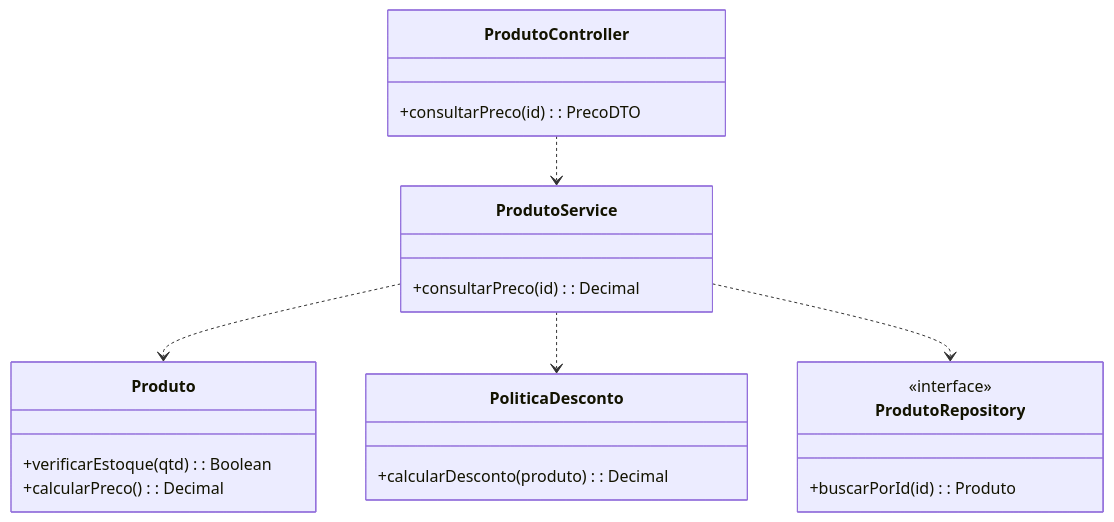
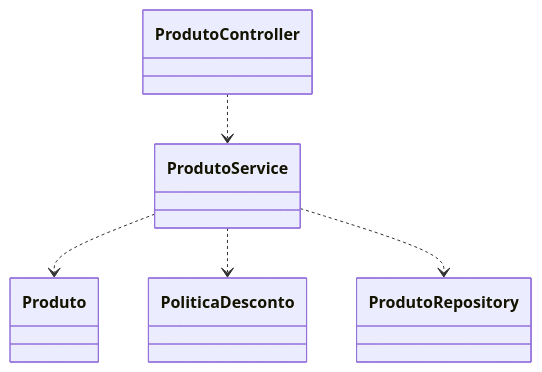
Before and after one commit to PedroWatermann/UEM_Eng_Soft: the ninth of 13 diagrams in 2_ano/4_semestre/AnaliseProjetoSoftware/ListaExercícios/Lista_6.md, drawn with Mermaid. The commit also changed other lines of this file and 1 other file, not shown here.

````diff
--- a/2_ano/4_semestre/AnaliseProjetoSoftware/ListaExercícios/Lista_6.md
+++ b/2_ano/4_semestre/AnaliseProjetoSoftware/ListaExercícios/Lista_6.md
@@ -442,24 +200,7 @@
 ```mermaid
 classDiagram
-    class ProdutoController {
-        +consultarPreco(id): PrecoDTO
-    }
-    class ProdutoService {
-        +consultarPreco(id): Decimal
-    }
-    class Produto {
-        +verificarEstoque(qtd): Boolean
-        +calcularPreco(): Decimal
-    }
-    class PoliticaDesconto {
-        +calcularDesconto(produto): Decimal
-    }
-    class ProdutoRepository {
-        <<interface>>
-        +buscarPorId(id): Produto
-    }
     ProdutoController ..> ProdutoService
     ProdutoService ..> Produto
     ProdutoService ..> PoliticaDesconto
     ProdutoService ..> ProdutoRepository
 ```
````
